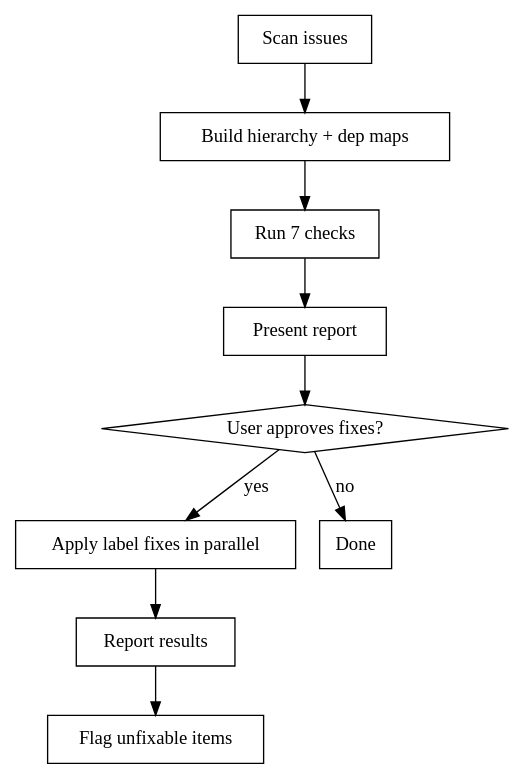
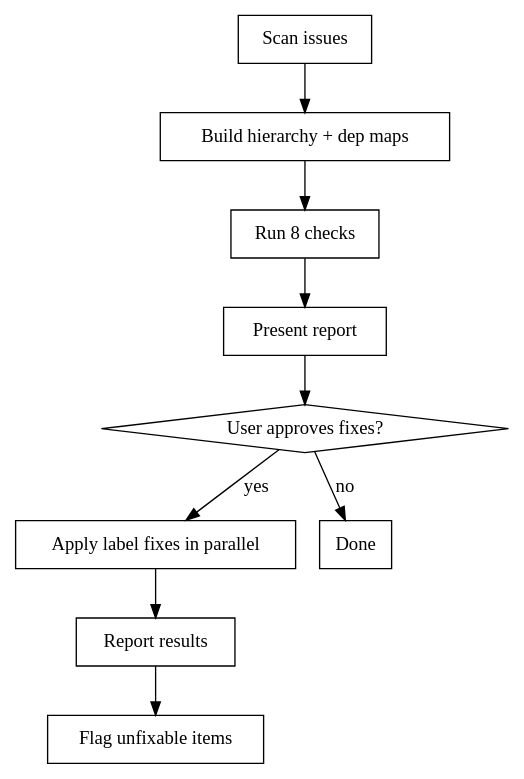
One commit to raulstechtips/sdlc-plugin-for-claude-code changed the diagram in .claude/plugins/sdlc/skills/reconcile/SKILL.md. Above: the diagram before and after it, drawn with Graphviz. The commit also changed other lines of this file and 4 other files, not shown here.

````diff
--- a/.claude/plugins/sdlc/skills/reconcile/SKILL.md
+++ b/.claude/plugins/sdlc/skills/reconcile/SKILL.md
@@ -18,20 +18,20 @@
 ```dot
 digraph reconcile {
     rankdir=TB;
     "Scan issues" [shape=box];
     "Build hierarchy + dep maps" [shape=box];
-    "Run 7 checks" [shape=box];
+    "Run 8 checks" [shape=box];
     "Present report" [shape=box];
     "User approves fixes?" [shape=diamond];
     "Apply label fixes in parallel" [shape=box];
     "Report results" [shape=box];
     "Flag unfixable items" [shape=box];
     "Done" [shape=box];
 
-    "Scan issues" -> "Build hierarchy + dep maps" -> "Run 7 checks" -> "Present report";
+    "Scan issues" -> "Build hierarchy + dep maps" -> "Run 8 checks" -> "Present report";
     "Present report" -> "User approves fixes?";
     "User approves fixes?" -> "Apply label fixes in parallel" [label="yes"];
     "User approves fixes?" -> "Done" [label="no"];
     "Apply label fixes in parallel" -> "Report results" -> "Flag unfixable items";
 }
 ```
````
